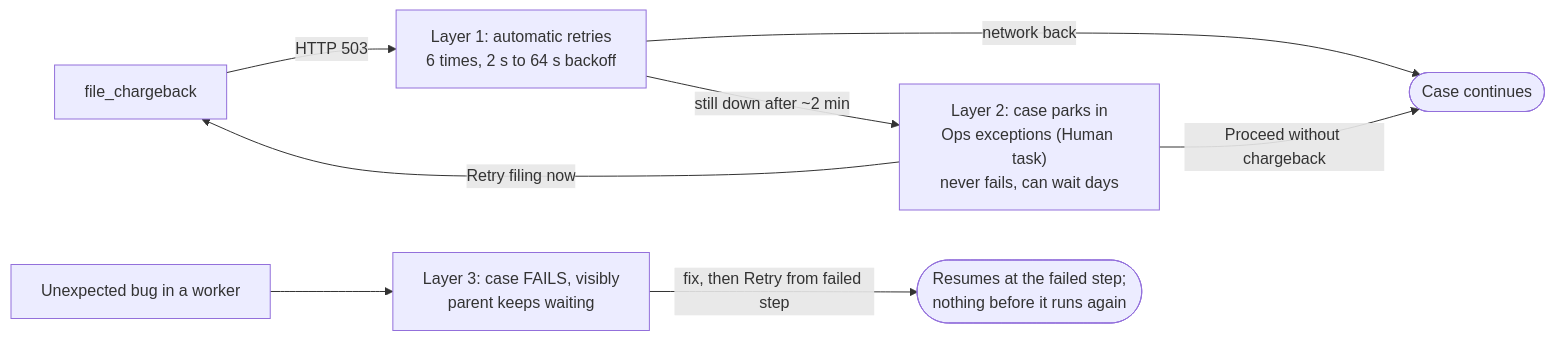
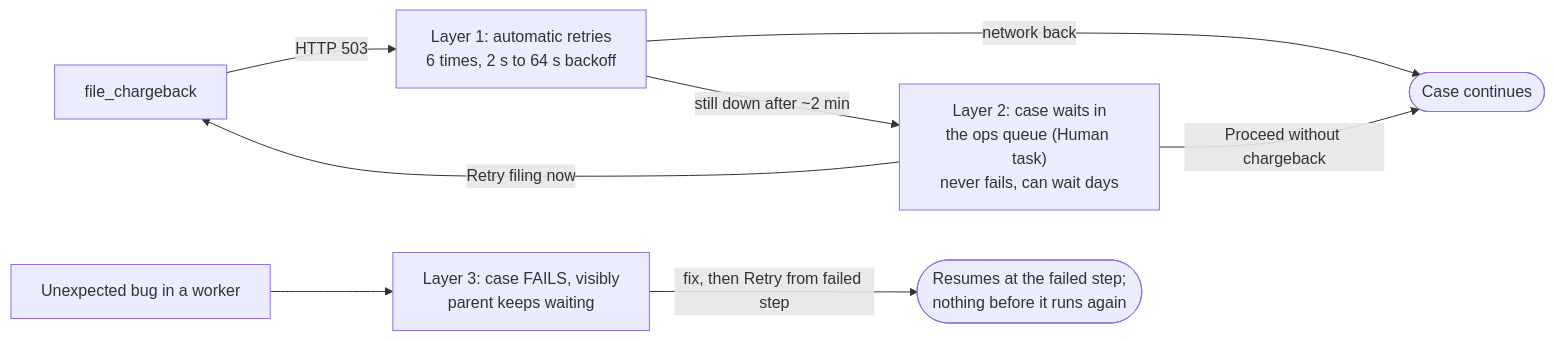
The fourth of 5 diagrams in dispute_demo/README.md (mangatrai/conductor-demos), drawn with Mermaid before and after one commit. The commit also changed other lines of this file and 28 other files, not shown here.

````diff
--- a/dispute_demo/README.md
+++ b/dispute_demo/README.md
@@ -137,10 +141,10 @@
 ```mermaid
 flowchart LR
   chargeback["file_chargeback"] -- "HTTP 503" --> l1["Layer 1: automatic retries<br/>6 times, 2 s to 64 s backoff"]
   l1 -- "network back" --> ok(["Case continues"])
-  l1 -- "still down after ~2 min" --> l2["Layer 2: case parks in<br/>Ops exceptions (Human task)<br/>never fails, can wait days"]
+  l1 -- "still down after ~2 min" --> l2["Layer 2: case waits in<br/>the ops queue (Human task)<br/>never fails, can wait days"]
   l2 -- "Retry filing now" --> chargeback
   l2 -- "Proceed without chargeback" --> ok
   bug["Unexpected bug in a worker"] --> l3["Layer 3: case FAILS, visibly<br/>parent keeps waiting"]
   l3 -- "fix, then Retry from failed step" --> resume(["Resumes at the failed step;<br/>nothing before it runs again"])
 ```
````
